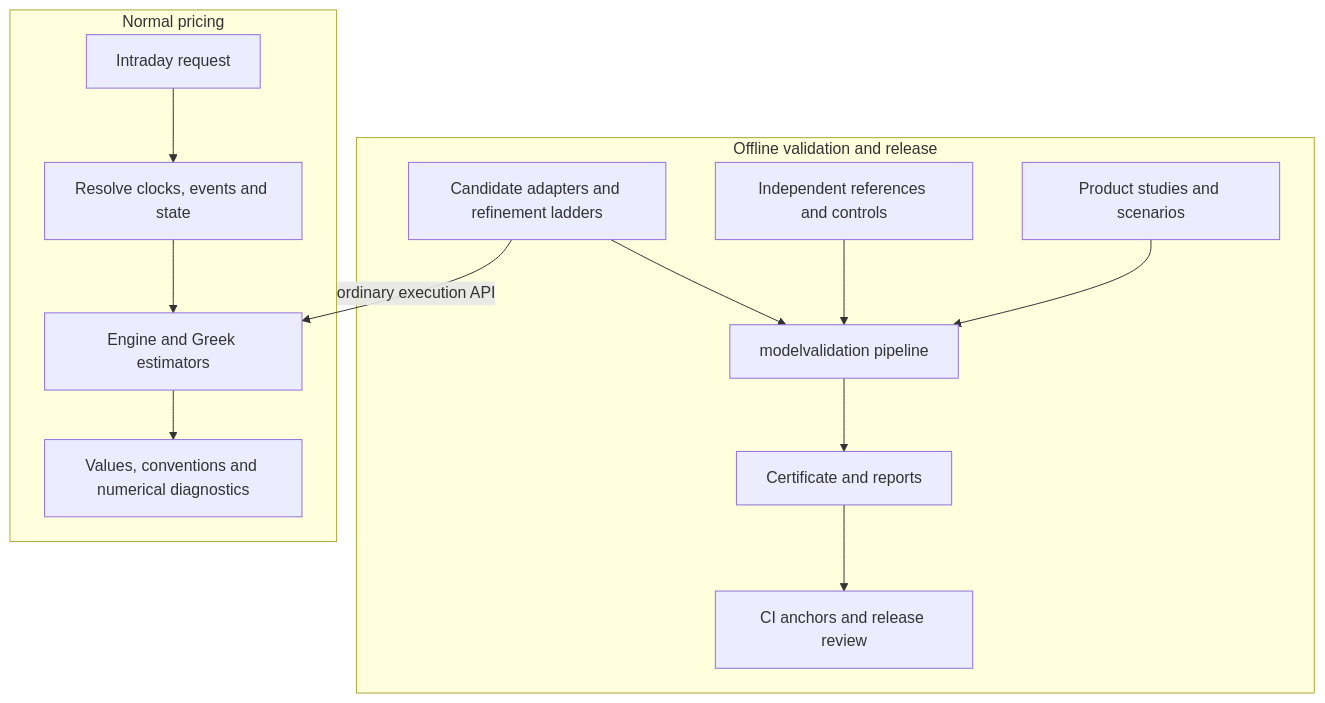
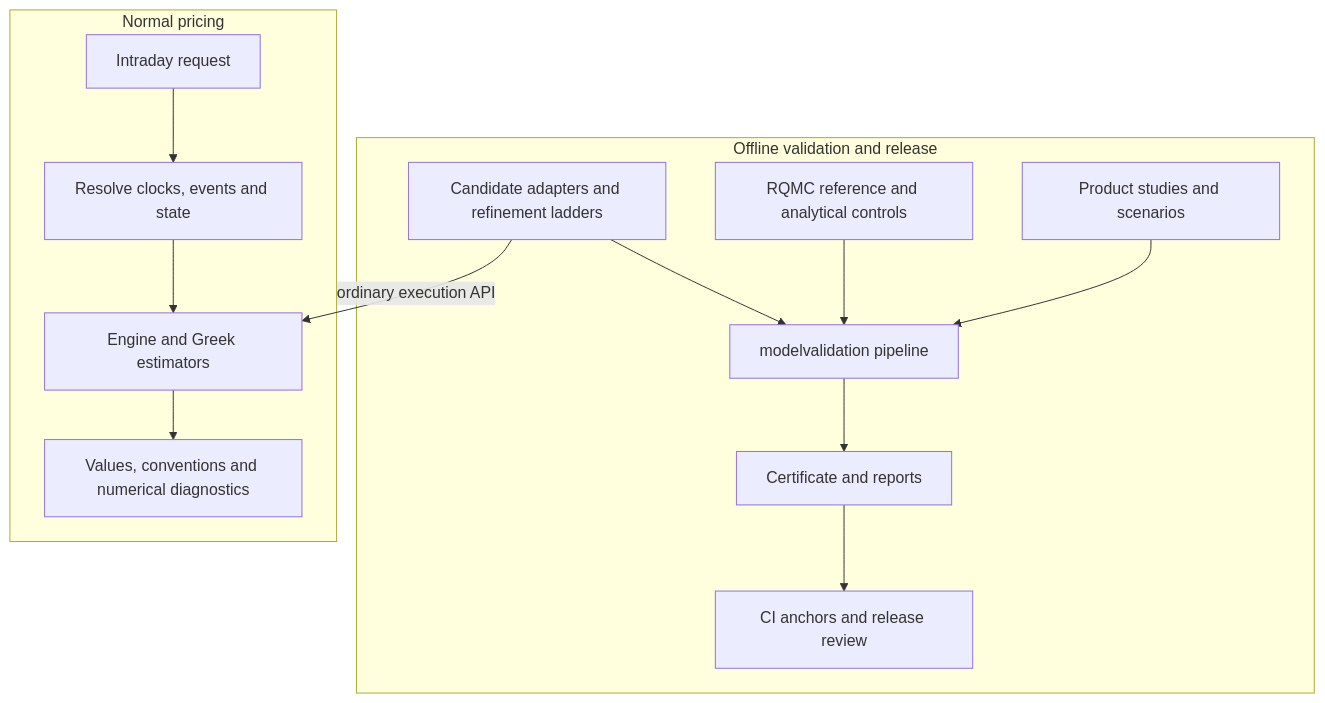
Before and after one commit to deiiiiii93/quantark: the diagram in docs/superpowers/specs/2026-09-18-intraday-modelvalidation-certification-design.md, drawn with Mermaid. The commit also changed other lines of this file and 4 other files, not shown here.

````diff
--- a/docs/superpowers/specs/2026-09-18-intraday-modelvalidation-certification-design.md
+++ b/docs/superpowers/specs/2026-09-18-intraday-modelvalidation-certification-design.md
@@ -46,16 +48,16 @@
 ```mermaid
 flowchart TB
     subgraph Offline[Offline validation and release]
         S[Product studies and scenarios] --> M[modelvalidation pipeline]
-        R[Independent references and controls] --> M
+        R[RQMC reference and analytical controls] --> M
         C[Candidate adapters and refinement ladders] --> M
         M --> E[Certificate and reports]
         E --> A[CI anchors and release review]
     end
     subgraph Runtime[Normal pricing]
         Q[Intraday request] --> X[Resolve clocks, events and state]
         X --> P[Engine and Greek estimators]
         P --> V[Values, conventions and numerical diagnostics]
     end
     C -->|ordinary execution API| P
 ```
````
